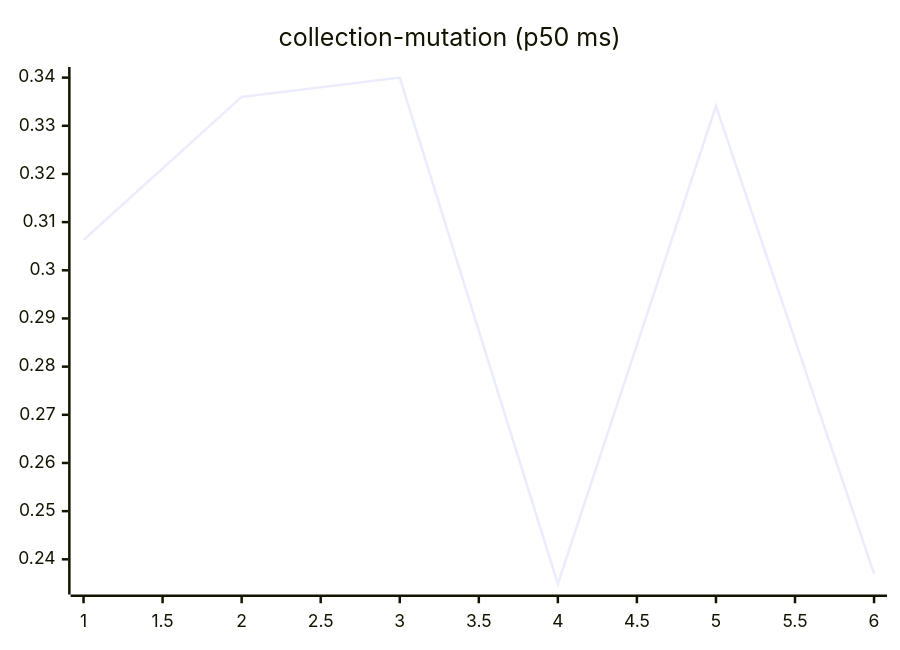
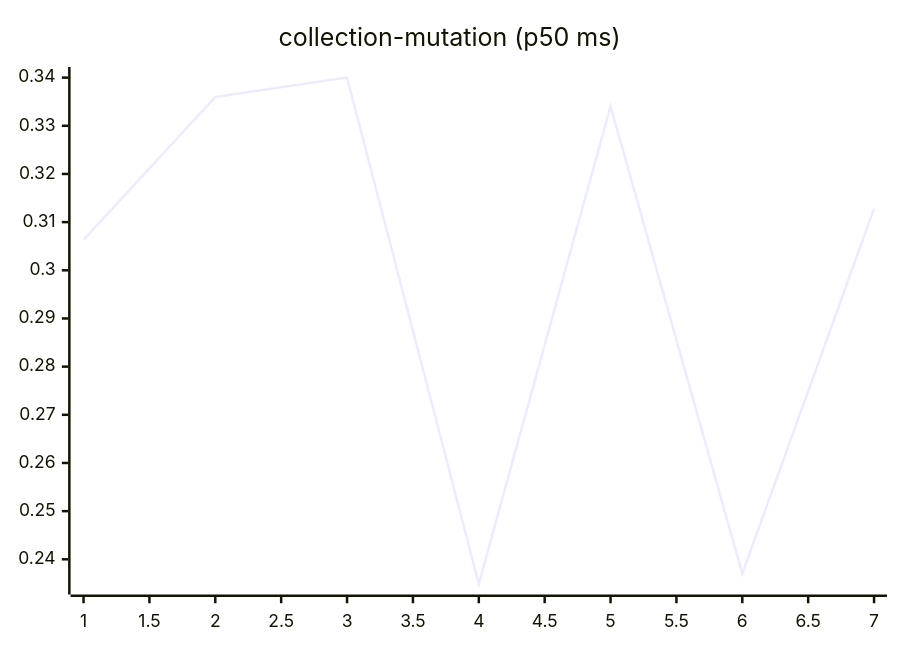
Before and after one commit to josha/Facet: the sixth of 27 diagrams in README.md, drawn with Mermaid. The commit also changed other lines of this file and 2 other files, not shown here.

````diff
--- a/README.md
+++ b/README.md
@@ -98,6 +98,6 @@
 ```mermaid
 xychart-beta
     title "collection-mutation (p50 ms)"
-    x-axis 1 --> 6
-    line [0.3063, 0.3360, 0.3400, 0.2349, 0.3341, 0.2370]
+    x-axis 1 --> 7
+    line [0.3063, 0.3360, 0.3400, 0.2349, 0.3341, 0.2370, 0.3128]
 ```
````
